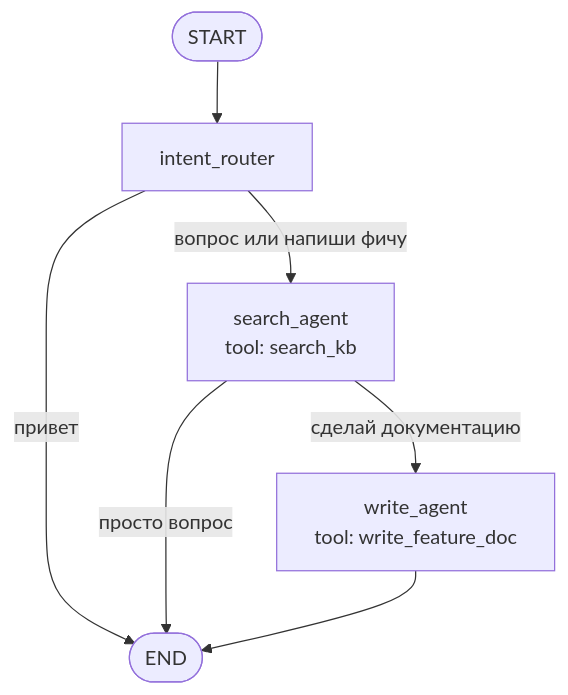
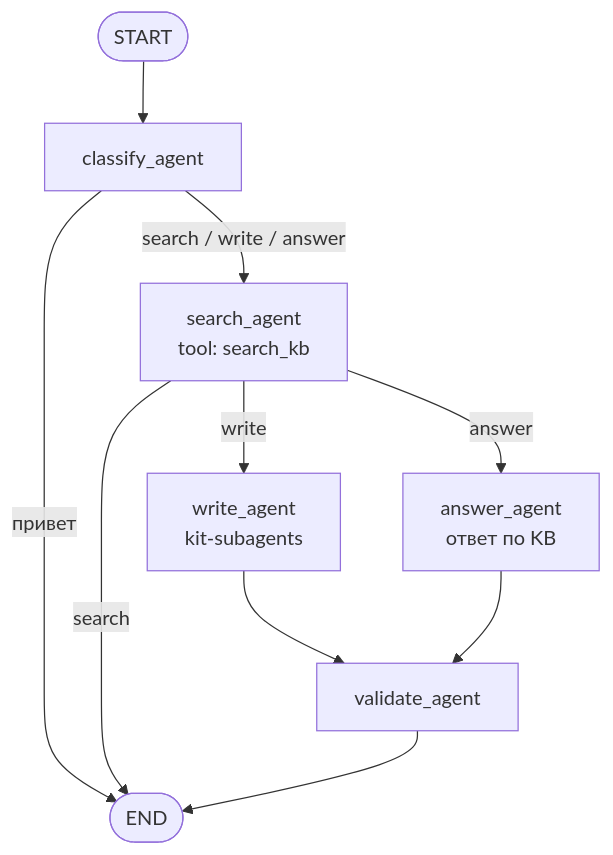
Before and after one commit to P4elo-hub/DocIntel: the diagram in docs/agent-graph-custom.mmd, drawn with Mermaid. The commit also changed 24 other files, not shown here.

First line of the commit message:
Add classify/answer/validate DocIntel pipeline for Telegram chat.

```diff
--- a/docs/agent-graph-custom.mmd
+++ b/docs/agent-graph-custom.mmd
@@ -1,7 +1,10 @@
 flowchart TD
-    START([START]) --> intent_router[intent_router]
-    intent_router -->|привет| FINISH([END])
-    intent_router -->|вопрос или напиши фичу| search_agent[search_agent<br/>tool: search_kb]
-    search_agent -->|просто вопрос| FINISH
-    search_agent -->|сделай документацию| write_agent[write_agent<br/>tool: write_feature_doc]
-    write_agent --> FINISH
+    START([START]) --> classify_agent[classify_agent]
+    classify_agent -->|привет| FINISH([END])
+    classify_agent -->|search / write / answer| search_agent[search_agent<br/>tool: search_kb]
+    search_agent -->|search| FINISH
+    search_agent -->|write| write_agent[write_agent<br/>kit-subagents]
+    search_agent -->|answer| answer_agent[answer_agent<br/>ответ по KB]
+    write_agent --> validate_agent[validate_agent]
+    answer_agent --> validate_agent
+    validate_agent --> FINISH
```
